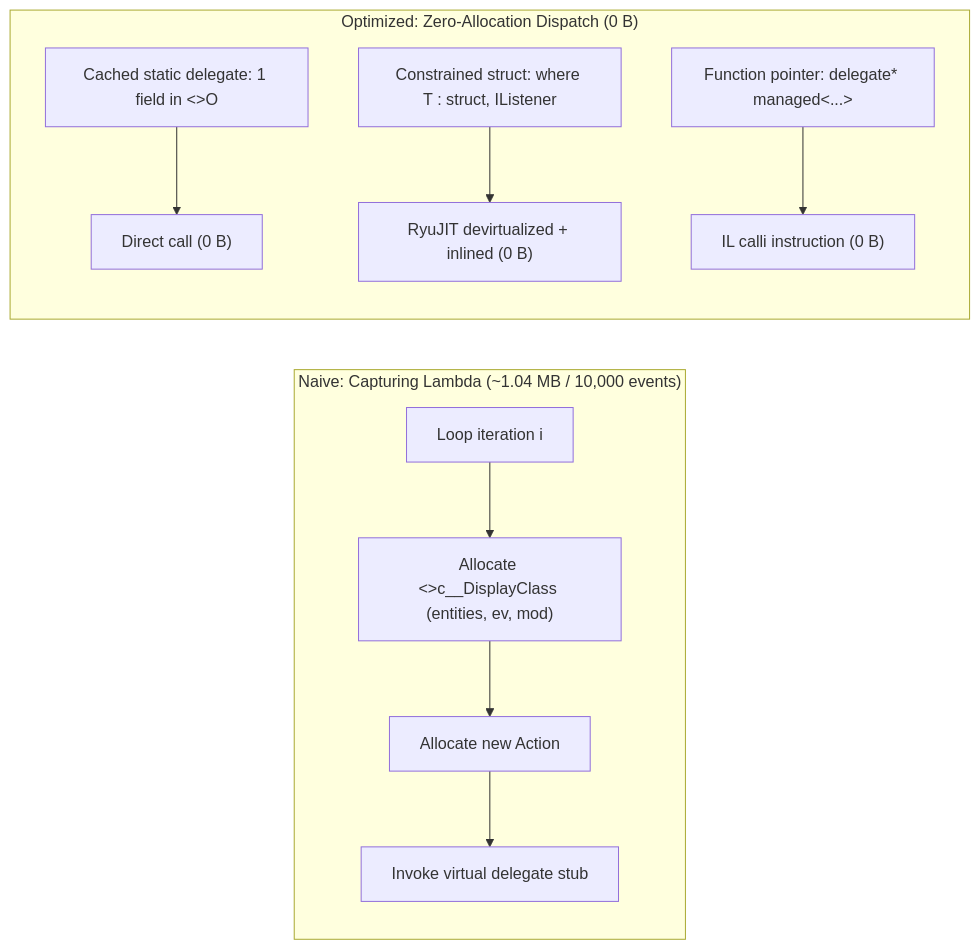
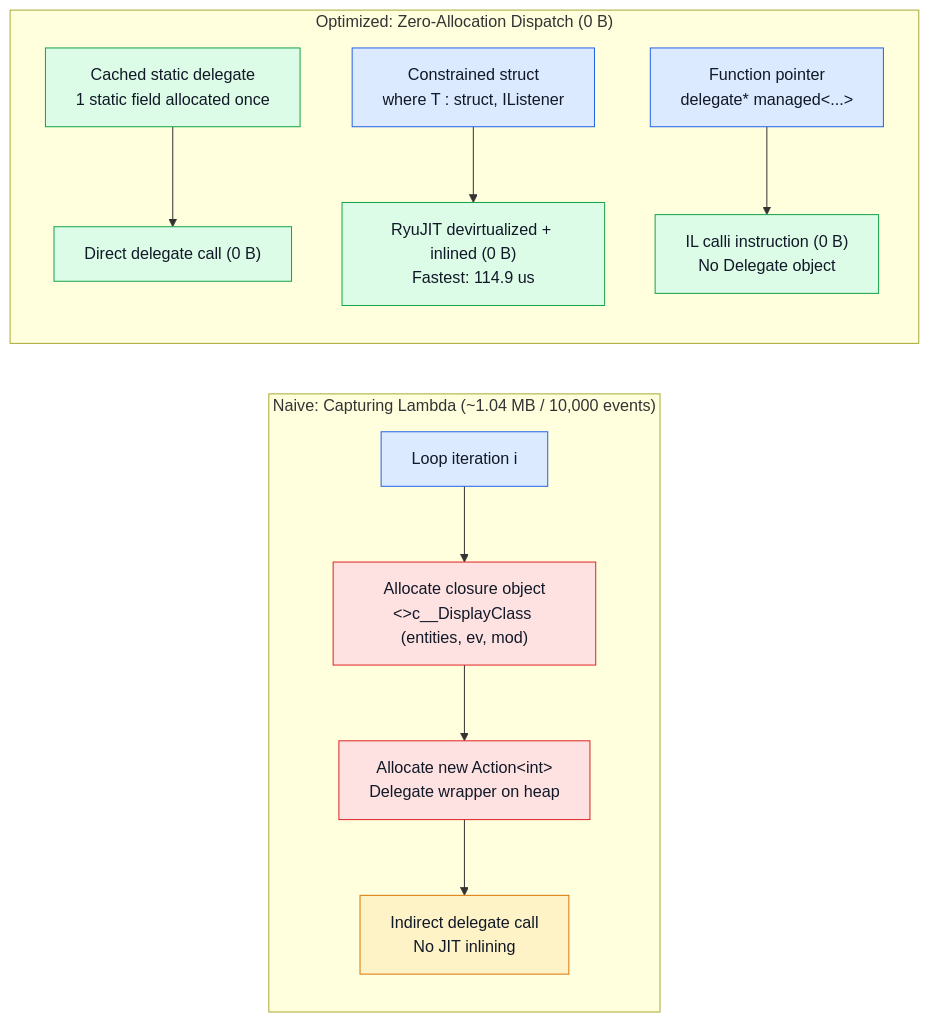
One commit to LevyArsOS/csharp-lessons changed the diagram in CSharpLessons/DelegateCaching/Tutorial/en.md. Above: the diagram before and after it, drawn with Mermaid. The commit also changed other lines of this file and 5 other files, not shown here.

First line of the commit message:
docs(tutorials): fix DelegateCaching labels and upgrade Mermaid diagrams

````diff
--- a/CSharpLessons/DelegateCaching/Tutorial/en.md
+++ b/CSharpLessons/DelegateCaching/Tutorial/en.md
@@ -38,14 +38,19 @@
 ```mermaid
 flowchart LR
+    classDef slow fill:#fee2e2,stroke:#dc2626,color:#111827
+    classDef fast fill:#dcfce7,stroke:#16a34a,color:#111827
+    classDef hw fill:#dbeafe,stroke:#2563eb,color:#111827
+    classDef warn fill:#fef3c7,stroke:#d97706,color:#111827
+
     subgraph Naive["Naive: Capturing Lambda (~1.04 MB / 10,000 events)"]
-        N1["Loop iteration i"] --> N2["Allocate <>c__DisplayClass (entities, ev, mod)"]
-        N2 --> N3["Allocate new Action<int>"]
-        N3 --> N4["Invoke virtual delegate stub"]
+        N1["Loop iteration i"]:::hw --> N2["Allocate closure object<br/>&lt;&gt;c__DisplayClass (entities, ev, mod)"]:::slow
+        N2 --> N3["Allocate new Action&lt;int&gt;<br/>Delegate wrapper on heap"]:::slow
+        N3 --> N4["Indirect delegate call<br/>No JIT inlining"]:::warn
     end
 
     subgraph Optimized["Optimized: Zero-Allocation Dispatch (0 B)"]
-        O1["Cached static delegate: 1 field in <>O"] --> O4["Direct call (0 B)"]
-        O2["Constrained struct: where T : struct, IListener"] --> O5["RyuJIT devirtualized + inlined (0 B)"]
-        O3["Function pointer: delegate* managed<...>"] --> O6["IL calli instruction (0 B)"]
+        O1["Cached static delegate<br/>1 static field allocated once"]:::fast --> O4["Direct delegate call (0 B)"]:::fast
+        O2["Constrained struct<br/>where T : struct, IListener"]:::hw --> O5["RyuJIT devirtualized + inlined (0 B)<br/>Fastest: 114.9 us"]:::fast
+        O3["Function pointer<br/>delegate* managed&lt;...&gt;"]:::hw --> O6["IL calli instruction (0 B)<br/>No Delegate object"]:::fast
     end
 ```
````
